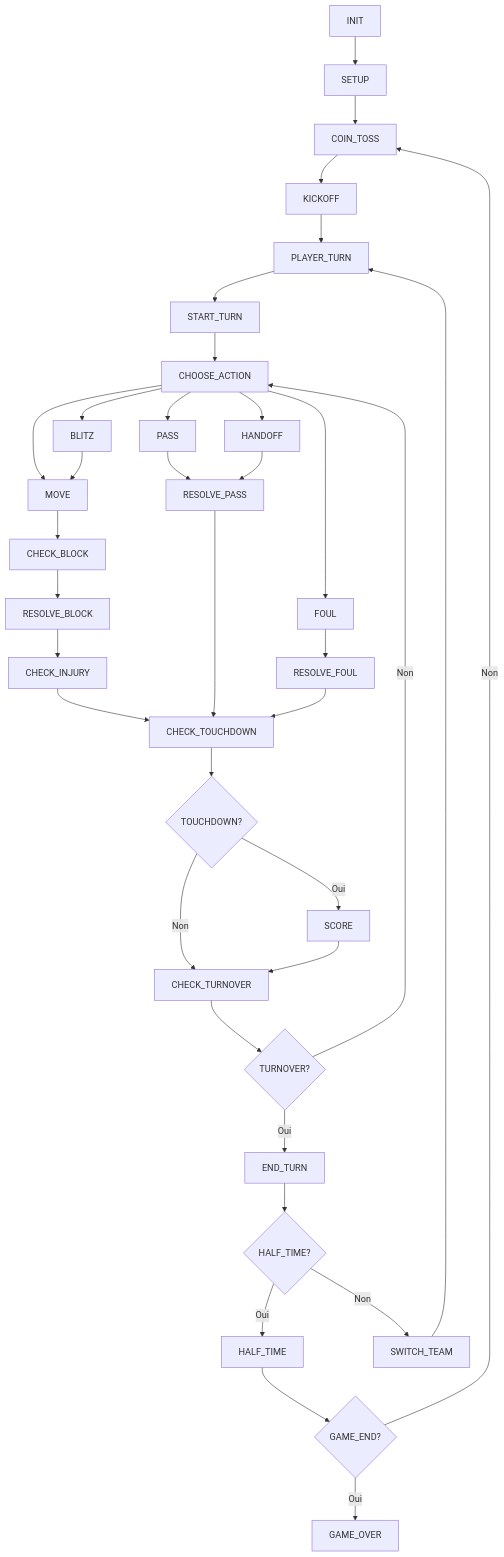
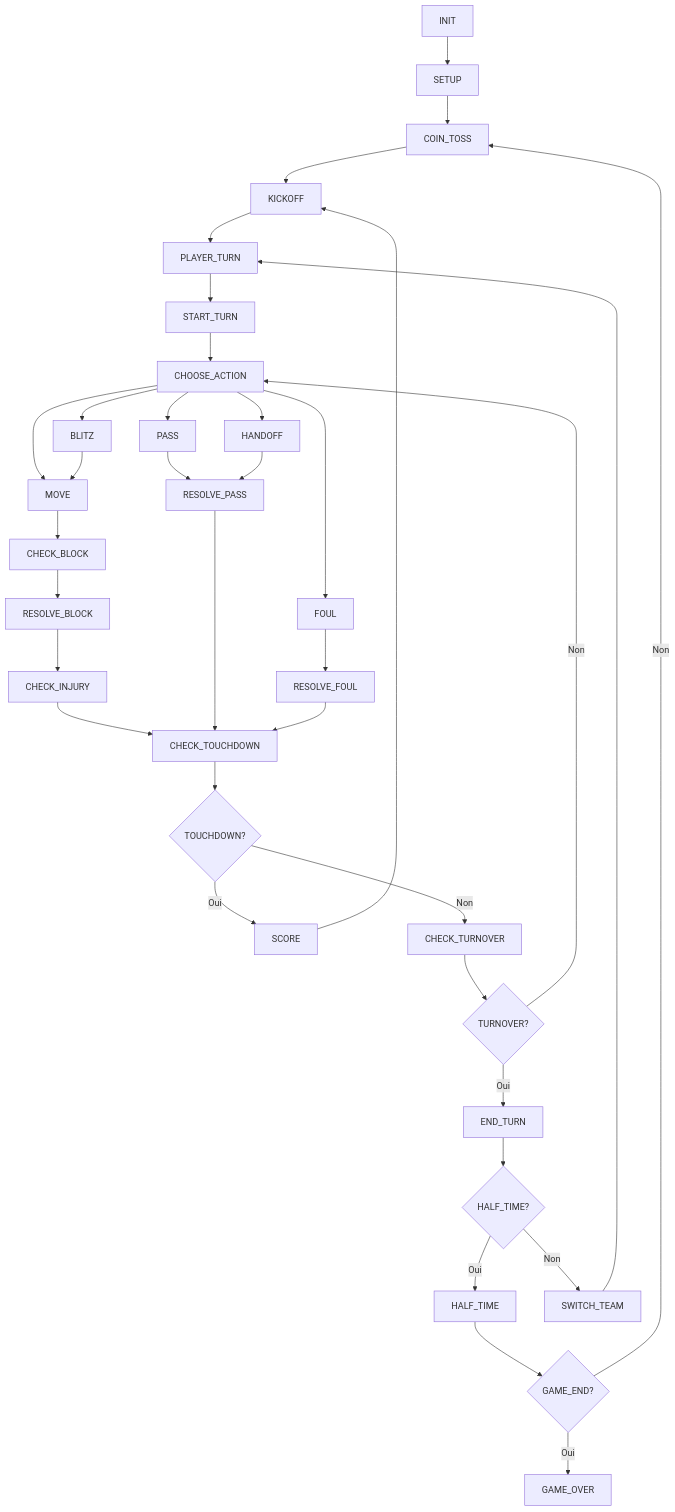
One commit to ju57in3/PLT-Blood-Bowl changed the first of 3 diagrams in README.md. Above: the diagram before and after it, drawn with Mermaid. The commit also changed other lines of this file, not shown here.

````diff
--- a/README.md
+++ b/README.md
@@ -7,49 +7,49 @@
 ```mermaid
 graph TD
     A[INIT] --> B[SETUP]
     B --> C[COIN_TOSS]
     C --> D[KICKOFF]
     D --> E[PLAYER_TURN]
     E --> F[START_TURN]
     F --> G[CHOOSE_ACTION]
 
     G --> H[MOVE]
     H --> I[CHECK_BLOCK]
     I --> J[RESOLVE_BLOCK]
     J --> K[CHECK_INJURY]
     K --> L[CHECK_TOUCHDOWN]
     
     G --> M[PASS]
     M --> N[RESOLVE_PASS]
     N --> L
     
     G --> O[FOUL]
     O --> P[RESOLVE_FOUL]
     P --> L
     
     G --> Q[BLITZ]
     Q --> H
     
     G --> R[HANDOFF]
     R --> N
     
     L --> S{TOUCHDOWN?}
     S -->|Oui| T[SCORE]
     S -->|Non| U[CHECK_TURNOVER]
     
-    T --> U
+    T --> D
     
     U --> V{TURNOVER?}
     V -->|Oui| W[END_TURN]
     V -->|Non| G
     
     W --> X{HALF_TIME?}
     X -->|Oui| Y[HALF_TIME]
     X -->|Non| Z[SWITCH_TEAM]
     
     Y --> AA{GAME_END?}
     AA -->|Non| C
     AA -->|Oui| AB[GAME_OVER]
     
     Z --> E
 ```
````
